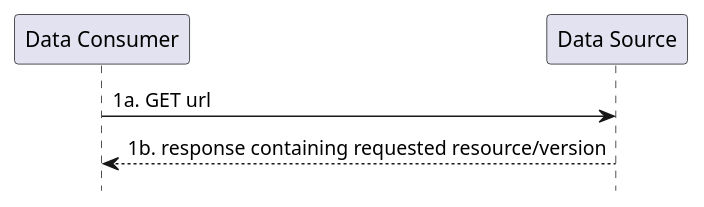
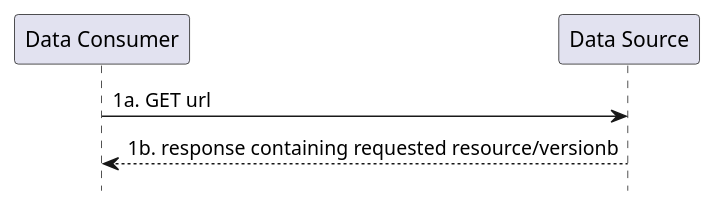
Before and after one commit to HL7/davinci-ehrx: the diagram in input/images-source/rest-read.plantuml, drawn with PlantUML. The commit also changed 36 other files, not shown here.

```diff
--- a/input/images-source/rest-read.plantuml
+++ b/input/images-source/rest-read.plantuml
@@ -1,7 +1,7 @@
 @startuml
 hide footbox
 participant "Data Consumer" as Consumer
 participant "Data Source" as Source
 Consumer -> Source: 1a. GET url
-Consumer <-- Source: 1b. response containing requested resource/version
+Consumer <-- Source: 1b. response containing requested resource/versionb
 @enduml
```
